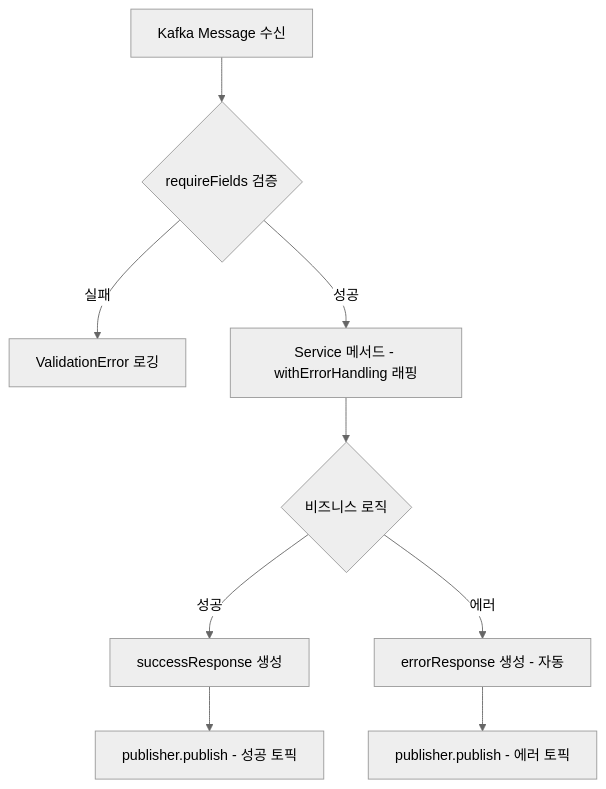
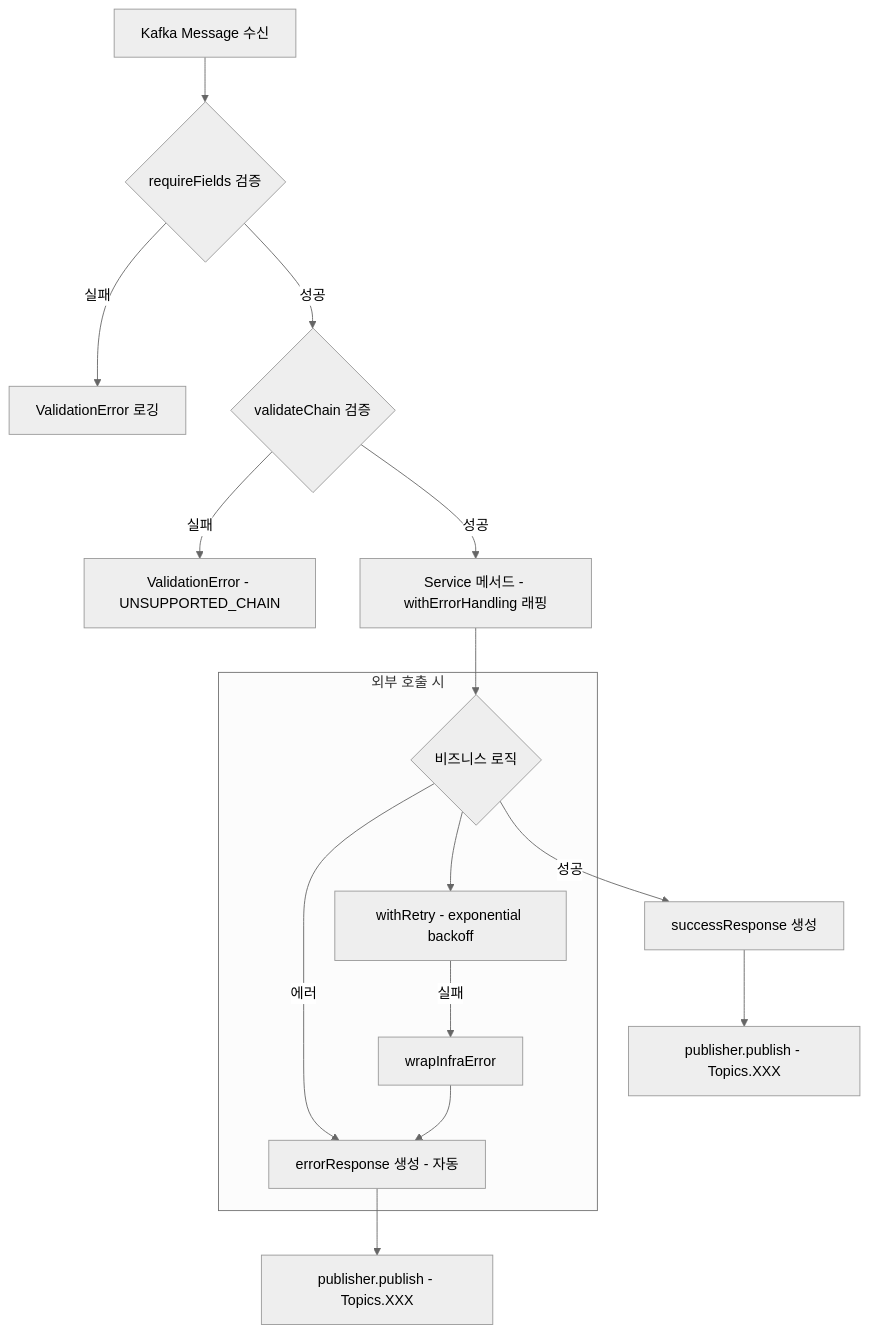
Before and after one commit to byunyourim/BC_Adapter: the diagram in docs/common-spec.md, drawn with Mermaid (neutral theme). The commit also changed other lines of this file, not shown here.

````diff
--- a/docs/common-spec.md
+++ b/docs/common-spec.md
@@ -809,11 +799,19 @@
 ```mermaid
 graph TD
     MSG[Kafka Message 수신] --> VAL{requireFields 검증}
     VAL -->|실패| VE[ValidationError 로깅]
-    VAL -->|성공| SVC[Service 메서드 - withErrorHandling 래핑]
+    VAL -->|성공| CHN{validateChain 검증}
+    CHN -->|실패| CE[ValidationError - UNSUPPORTED_CHAIN]
+    CHN -->|성공| SVC[Service 메서드 - withErrorHandling 래핑]
     SVC --> EXEC{비즈니스 로직}
     EXEC -->|성공| SR[successResponse 생성]
-    SR --> PUB_OK[publisher.publish - 성공 토픽]
+    SR --> PUB_OK[publisher.publish - Topics.XXX]
     EXEC -->|에러| ER[errorResponse 생성 - 자동]
-    ER --> PUB_ERR[publisher.publish - 에러 토픽]
+    ER --> PUB_ERR[publisher.publish - Topics.XXX]
+
+    subgraph 외부 호출 시
+        EXEC --> RETRY[withRetry - exponential backoff]
+        RETRY -->|실패| WRAP[wrapInfraError]
+        WRAP --> ER
+    end
 ```
````
